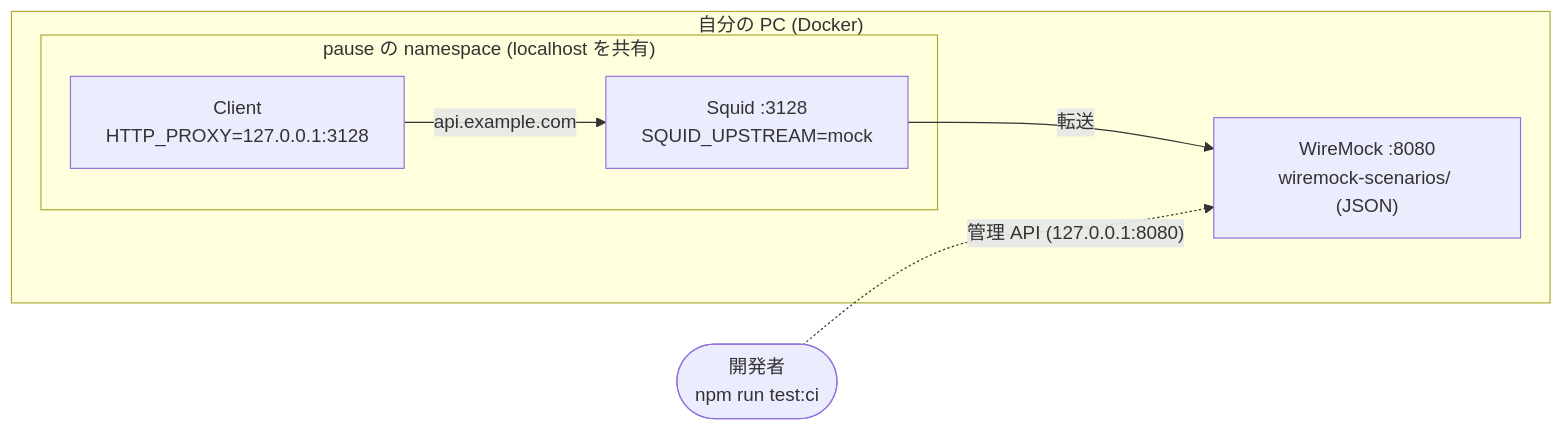
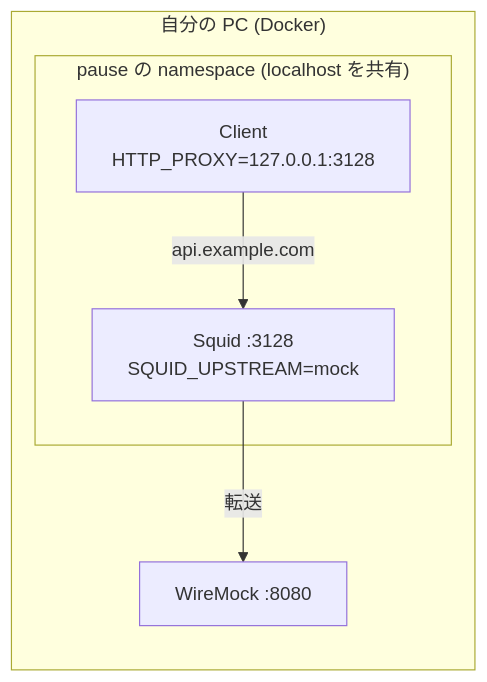
One commit to satoshi256kbyte/squid-wiremock-sidecar changed the first of 3 diagrams in README.md. Above: the diagram before and after it, drawn with Mermaid. The commit also changed other lines of this file, not shown here.

First line of the commit message:
docs(README): Simplify architecture diagrams and remove management API references

````diff
--- a/README.md
+++ b/README.md
@@ -33,13 +33,12 @@
 ```mermaid
 flowchart LR
   subgraph Host["自分の PC (Docker)"]
     subgraph NS["pause の namespace (localhost を共有)"]
       Client["Client<br/>HTTP_PROXY=127.0.0.1:3128"]
       Squid["Squid :3128<br/>SQUID_UPSTREAM=mock"]
       Client -->|"api.example.com"| Squid
     end
-    WM["WireMock :8080<br/>wiremock-scenarios/ (JSON)"]
+    WM["WireMock :8080"]
     Squid -->|"転送"| WM
   end
-  Dev(["開発者<br/>npm run test:ci"]) -.->|"管理 API (127.0.0.1:8080)"| WM
 ```
````
